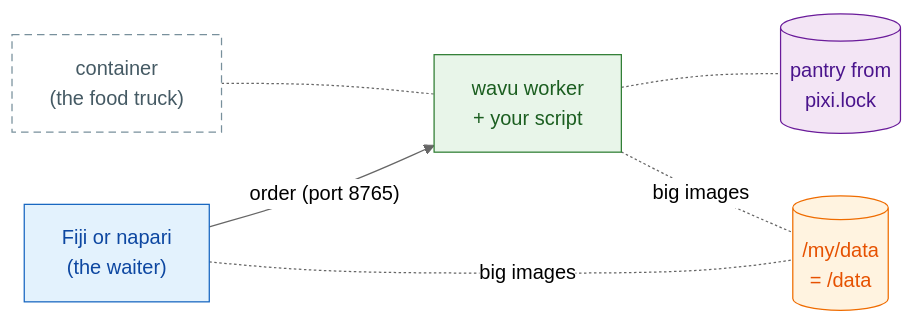
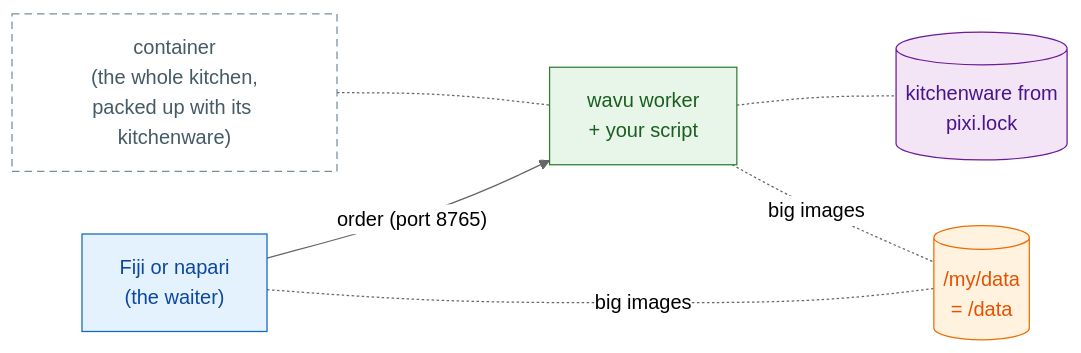
One commit to Oxford-Zeiss-Centre-of-Excellence/Wavu changed the diagram in guide/write/container.md. Above: the diagram before and after it, drawn with Mermaid (neutral theme). The commit also changed other lines of this file and 221 other files, not shown here.

````diff
--- a/guide/write/container.md
+++ b/guide/write/container.md
@@ -11,19 +12,19 @@
 ```mermaid
 flowchart LR
     V["Fiji or napari<br/>(the waiter)"]:::fiji
-    T["container<br/>(the food truck)"]:::box
+    T["container<br/>(the whole kitchen,<br/>packed up with its kitchenware)"]:::box
     W["wavu worker<br/>+ your script"]:::worker
-    E[("pantry from<br/>pixi.lock")]:::env
+    E[("kitchenware from<br/>pixi.lock")]:::env
     D[("/my/data<br/>= /data")]:::script
     V -- "order (port 8765)" --> W
     T -.- W
     W -.- E
     V -.-|big images| D
     W -.-|big images| D
 
     classDef fiji   fill:#e3f2fd,stroke:#1565c0,color:#0d47a1
     classDef worker fill:#e8f5e9,stroke:#2e7d32,color:#1b5e20
     classDef script fill:#fff3e0,stroke:#ef6c00,color:#e65100
     classDef env    fill:#f3e5f5,stroke:#6a1b9a,color:#4a148c
     classDef box    fill:#ffffff,stroke:#78909c,stroke-dasharray: 6 4,color:#455a64
 ```
````
